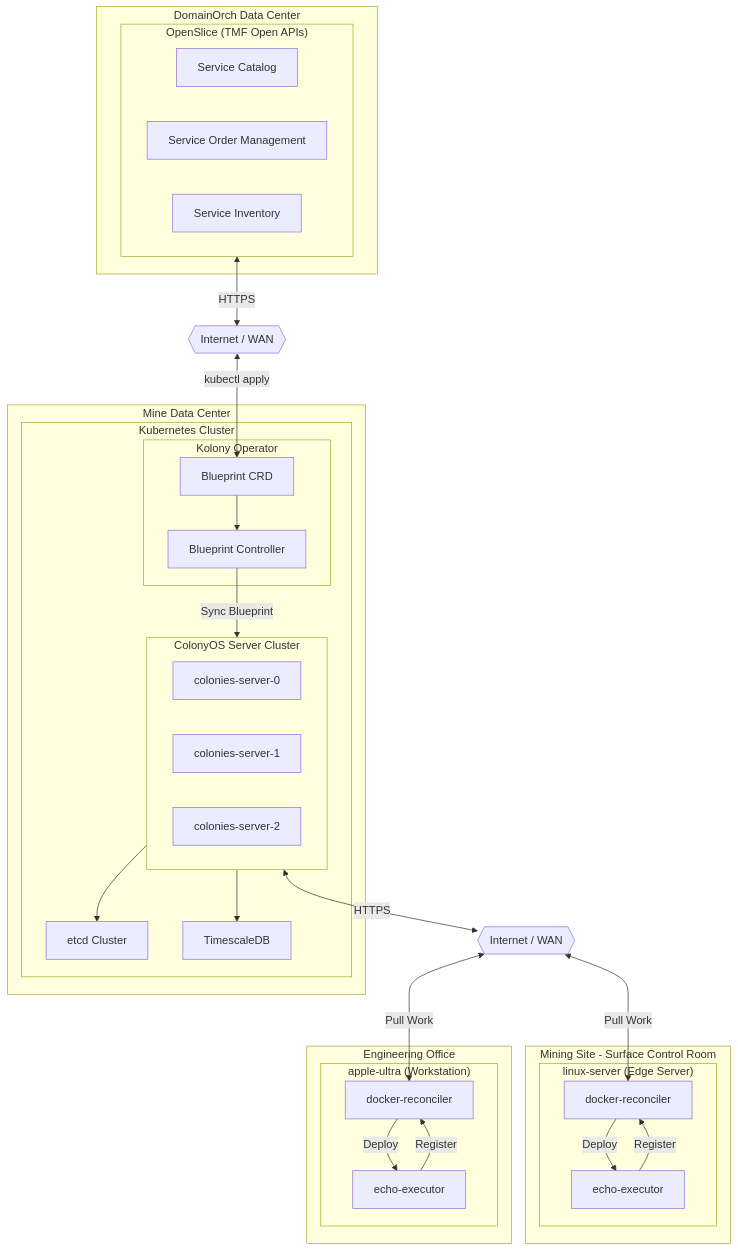
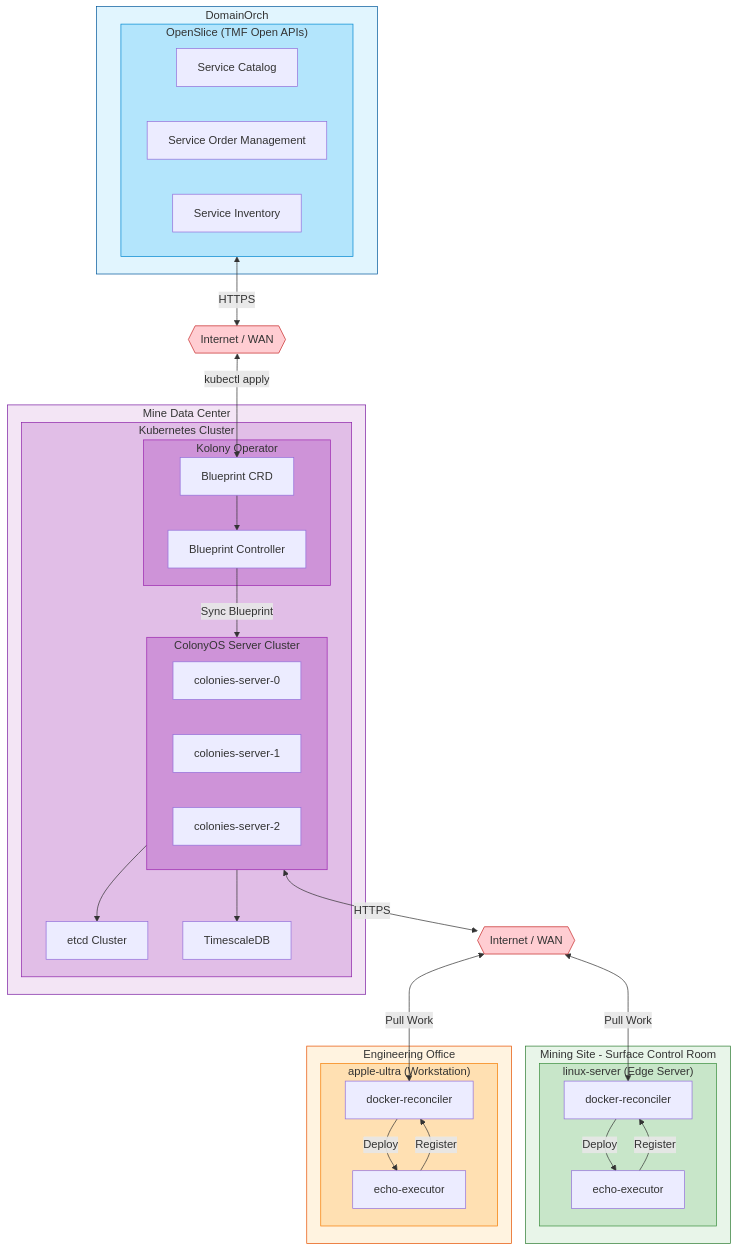
One commit to colonyos/kolony changed the first of 2 diagrams in cop-pilot-demo/README.md. Above: the diagram before and after it, drawn with Mermaid.

Commit message:
Documentation explaining COP-Pilot demo

````diff
--- a/cop-pilot-demo/README.md
+++ b/cop-pilot-demo/README.md
@@ -18,62 +18,75 @@
 ```mermaid
 flowchart TB
-    subgraph DomainOrch["DomainOrch Data Center"]
+    subgraph DomainOrch["DomainOrch"]
         subgraph OpenSlice["OpenSlice (TMF Open APIs)"]
             ServiceCatalog["Service Catalog"]
             ServiceOrder["Service Order Management"]
             ServiceInventory["Service Inventory"]
         end
     end
 
     Internet1{{"Internet / WAN"}}
 
     subgraph MineDataCenter["Mine Data Center"]
         subgraph Kubernetes["Kubernetes Cluster"]
             subgraph ColoniesCluster["ColonyOS Server Cluster"]
                 Server1["colonies-server-0"]
                 Server2["colonies-server-1"]
                 Server3["colonies-server-2"]
             end
 
             subgraph Kolony["Kolony Operator"]
                 BlueprintCRD["Blueprint CRD"]
                 Controller["Blueprint Controller"]
             end
 
             etcd["etcd Cluster"]
             TimescaleDB["TimescaleDB"]
         end
     end
 
     Internet2{{"Internet / WAN"}}
 
     subgraph Site1["Mining Site - Surface Control Room"]
         subgraph LinuxServer["linux-server (Edge Server)"]
             Reconciler2["docker-reconciler"]
             Container2["echo-executor"]
         end
     end
 
     subgraph Site2["Engineering Office"]
         subgraph AppleUltra["apple-ultra (Workstation)"]
             Reconciler1["docker-reconciler"]
             Container1["echo-executor"]
         end
     end
 
     OpenSlice <-->|"HTTPS"| Internet1
     Internet1 <-->|"kubectl apply"| BlueprintCRD
     BlueprintCRD --> Controller
     Controller -->|"Sync Blueprint"| ColoniesCluster
     ColoniesCluster --> etcd
     ColoniesCluster --> TimescaleDB
 
     ColoniesCluster <-->|"HTTPS"| Internet2
     Internet2 <-->|"Pull Work"| Reconciler1
     Internet2 <-->|"Pull Work"| Reconciler2
 
     Reconciler1 -->|"Deploy"| Container1
     Reconciler2 -->|"Deploy"| Container2
     Container1 -->|"Register"| Reconciler1
     Container2 -->|"Register"| Reconciler2
+
+    style DomainOrch fill:#e1f5fe,stroke:#01579b
+    style OpenSlice fill:#b3e5fc,stroke:#0288d1
+    style MineDataCenter fill:#f3e5f5,stroke:#7b1fa2
+    style Kubernetes fill:#e1bee7,stroke:#8e24aa
+    style ColoniesCluster fill:#ce93d8,stroke:#9c27b0
+    style Kolony fill:#ce93d8,stroke:#9c27b0
+    style Site1 fill:#e8f5e9,stroke:#2e7d32
+    style Site2 fill:#fff3e0,stroke:#e65100
+    style LinuxServer fill:#c8e6c9,stroke:#388e3c
+    style AppleUltra fill:#ffe0b2,stroke:#f57c00
+    style Internet1 fill:#ffcdd2,stroke:#c62828
+    style Internet2 fill:#ffcdd2,stroke:#c62828
 ```
````
